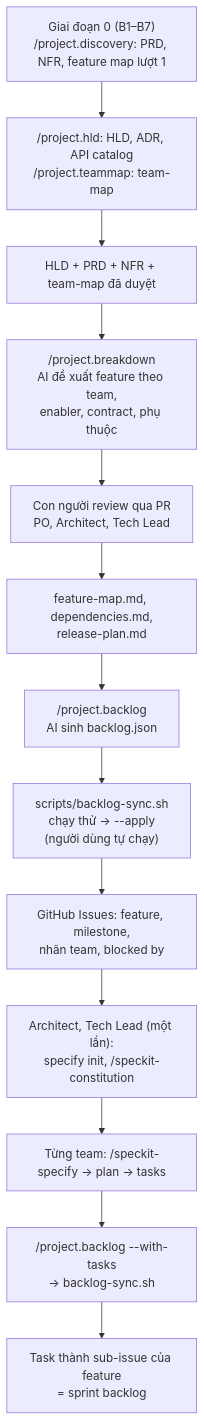
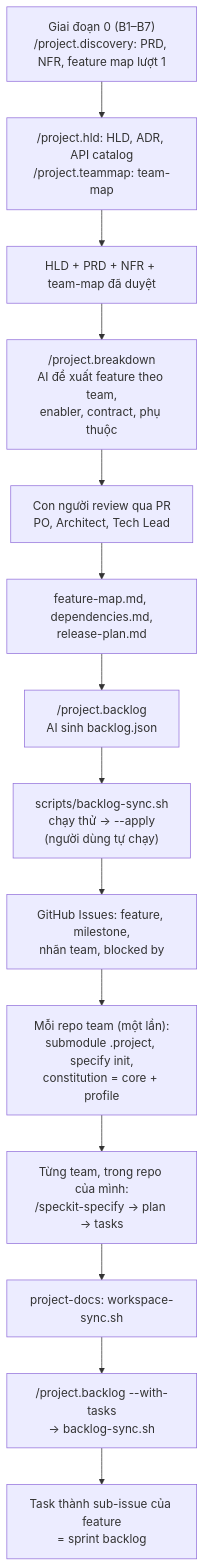
One commit to mrvntech/self-study changed the diagram in speckit-backlog.md. Above: the diagram before and after it, drawn with Mermaid. The commit also changed other lines of this file and 6 other files, not shown here.

First line of the commit message:
Document the project-docs plus team repos setup

````diff
--- a/speckit-backlog.md
+++ b/speckit-backlog.md
@@ -99,15 +99,16 @@
 ```mermaid
 flowchart TB
     Z["Giai đoạn 0 (B1–B7)<br/>/project.discovery: PRD, NFR, feature map lượt 1"] --> Z2
     Z2["/project.hld: HLD, ADR, API catalog<br/>/project.teammap: team-map"] --> A
     A[HLD + PRD + NFR + team-map đã duyệt] --> B["/project.breakdown<br/>AI đề xuất feature theo team,<br/>enabler, contract, phụ thuộc"]
     B --> C[Con người review qua PR<br/>PO, Architect, Tech Lead]
     C --> D[feature-map.md, dependencies.md,<br/>release-plan.md]
     D --> E["/project.backlog<br/>AI sinh backlog.json"]
     E --> F["scripts/backlog-sync.sh<br/>chạy thử → --apply<br/>(người dùng tự chạy)"]
     F --> G[GitHub Issues: feature, milestone,<br/>nhãn team, blocked by]
-    G --> K["Architect, Tech Lead (một lần):<br/>specify init, /speckit-constitution"]
-    K --> H["Từng team: /speckit-specify → plan → tasks"]
-    H --> I["/project.backlog --with-tasks<br/>→ backlog-sync.sh"]
+    G --> K["Mỗi repo team (một lần):<br/>submodule .project, specify init,<br/>constitution = core + profile"]
+    K --> H["Từng team, trong repo của mình:<br/>/speckit-specify → plan → tasks"]
+    H --> W["project-docs: workspace-sync.sh"]
+    W --> I["/project.backlog --with-tasks<br/>→ backlog-sync.sh"]
     I --> J[Task thành sub-issue của feature<br/>= sprint backlog]
 ```
````
